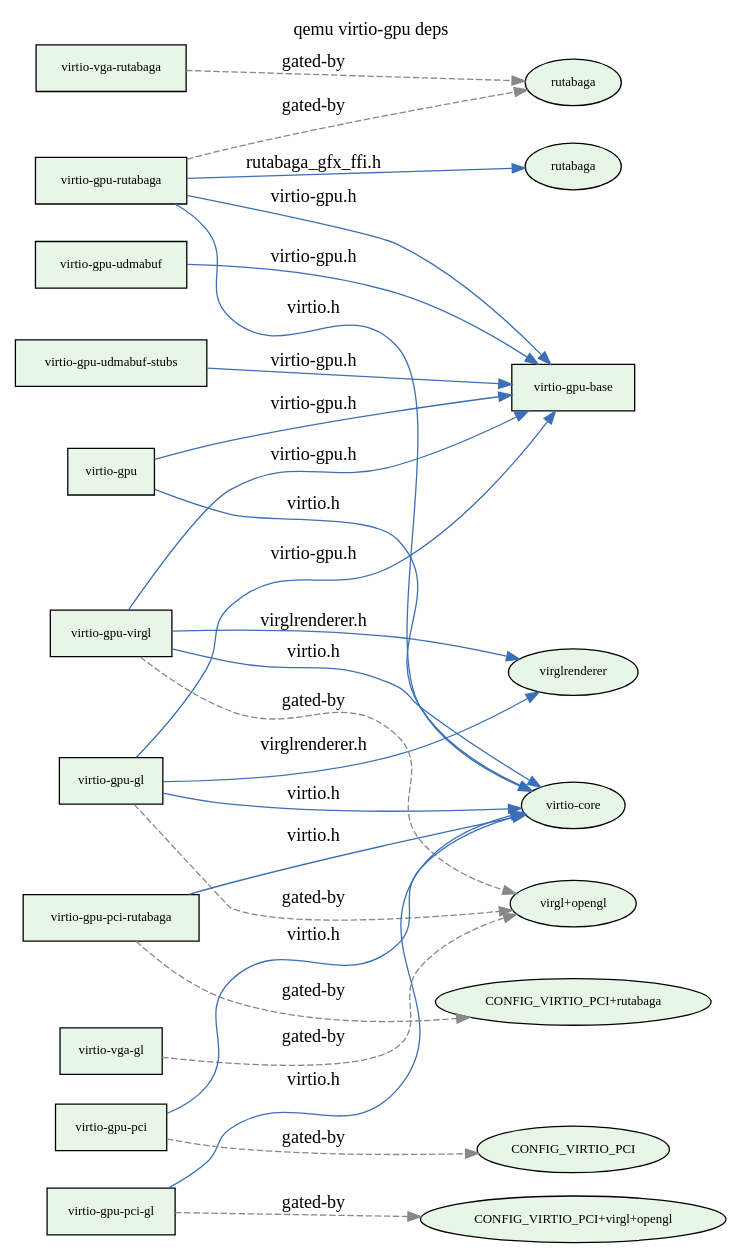
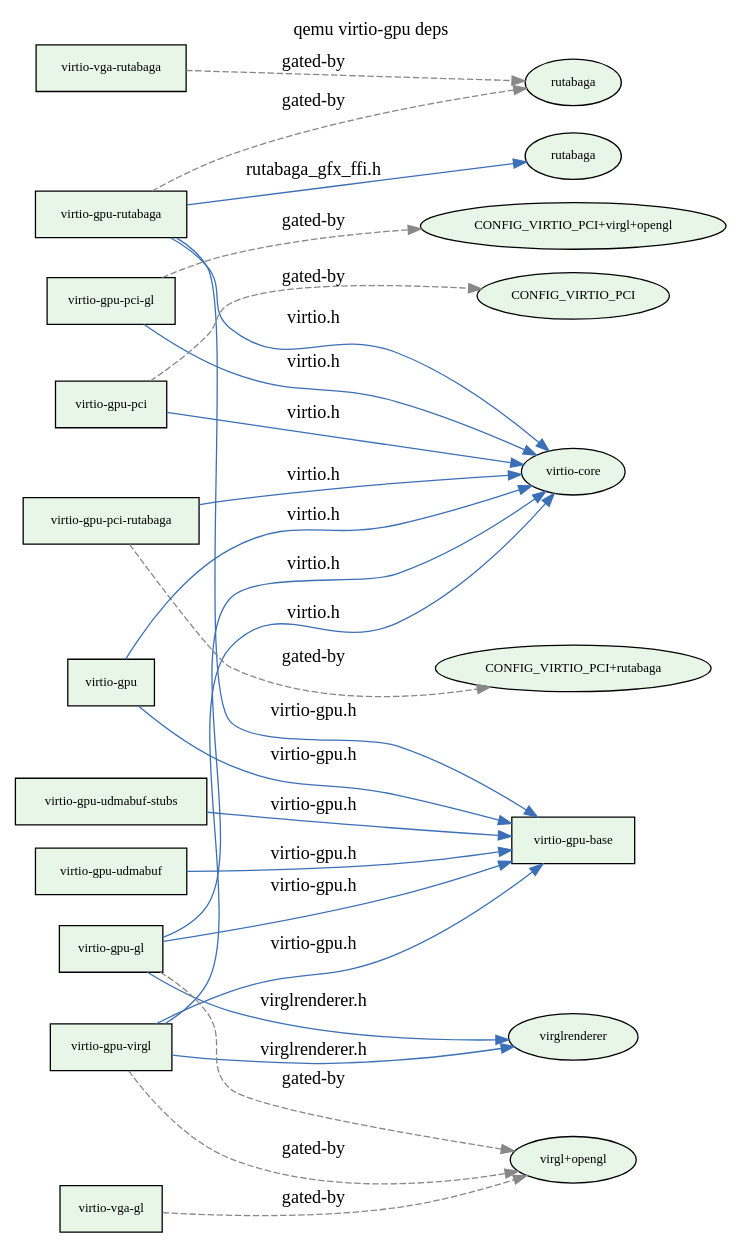
The diagram in results/depgraph/qemu.dot (vm-final-project/virtio-gpu), drawn with Graphviz before and after one commit. The commit also changed other lines of this file and 74 other files, not shown here.

```diff
--- a/results/depgraph/qemu.dot
+++ b/results/depgraph/qemu.dot
@@ -1,49 +1,49 @@
 digraph "qemu virtio-gpu deps" {
   rankdir=LR;
   node [fontsize=10];
   label="qemu virtio-gpu deps"; labelloc=t; fontsize=14;
-  "qemu:virtio-gpu" [label="virtio-gpu",shape=box,style=filled,fillcolor="#e8f6e8"];
+  "qemu:virtio-gpu-virgl" [label="virtio-gpu-virgl",shape=box,style=filled,fillcolor="#e8f6e8"];
+  "qemu:virtio-gpu-rutabaga" [label="virtio-gpu-rutabaga",shape=box,style=filled,fillcolor="#e8f6e8"];
+  "qemu:virtio-vga-gl" [label="virtio-vga-gl",shape=box,style=filled,fillcolor="#e8f6e8"];
+  "qemu:feat:CONFIG_VIRTIO_PCI+rutabaga" [label="CONFIG_VIRTIO_PCI+rutabaga",shape=ellipse,style=filled,fillcolor="#e8f6e8"];
+  "qemu:virtio-gpu-pci-gl" [label="virtio-gpu-pci-gl",shape=box,style=filled,fillcolor="#e8f6e8"];
+  "qemu:virtio-gpu-base" [label="virtio-gpu-base",shape=box,style=filled,fillcolor="#e8f6e8"];
+  "qemu:feat:CONFIG_VIRTIO_PCI+virgl+opengl" [label="CONFIG_VIRTIO_PCI+virgl+opengl",shape=ellipse,style=filled,fillcolor="#e8f6e8"];
+  "qemu:virtio-gpu-pci-rutabaga" [label="virtio-gpu-pci-rutabaga",shape=box,style=filled,fillcolor="#e8f6e8"];
+  "qemu:ext:virglrenderer" [label="virglrenderer",shape=ellipse,style=filled,fillcolor="#e8f6e8"];
+  "qemu:virtio-gpu-pci" [label="virtio-gpu-pci",shape=box,style=filled,fillcolor="#e8f6e8"];
+  "qemu:feat:rutabaga" [label="rutabaga",shape=ellipse,style=filled,fillcolor="#e8f6e8"];
   "qemu:virtio-gpu-udmabuf" [label="virtio-gpu-udmabuf",shape=box,style=filled,fillcolor="#e8f6e8"];
   "qemu:ext:rutabaga" [label="rutabaga",shape=ellipse,style=filled,fillcolor="#e8f6e8"];
+  "qemu:virtio-gpu-udmabuf-stubs" [label="virtio-gpu-udmabuf-stubs",shape=box,style=filled,fillcolor="#e8f6e8"];
+  "qemu:ext:virtio-core" [label="virtio-core",shape=ellipse,style=filled,fillcolor="#e8f6e8"];
+  "qemu:virtio-vga-rutabaga" [label="virtio-vga-rutabaga",shape=box,style=filled,fillcolor="#e8f6e8"];
   "qemu:virtio-gpu-gl" [label="virtio-gpu-gl",shape=box,style=filled,fillcolor="#e8f6e8"];
-  "qemu:virtio-vga-gl" [label="virtio-vga-gl",shape=box,style=filled,fillcolor="#e8f6e8"];
-  "qemu:virtio-gpu-pci-gl" [label="virtio-gpu-pci-gl",shape=box,style=filled,fillcolor="#e8f6e8"];
-  "qemu:ext:virtio-core" [label="virtio-core",shape=ellipse,style=filled,fillcolor="#e8f6e8"];
-  "qemu:feat:rutabaga" [label="rutabaga",shape=ellipse,style=filled,fillcolor="#e8f6e8"];
-  "qemu:virtio-gpu-rutabaga" [label="virtio-gpu-rutabaga",shape=box,style=filled,fillcolor="#e8f6e8"];
-  "qemu:virtio-gpu-virgl" [label="virtio-gpu-virgl",shape=box,style=filled,fillcolor="#e8f6e8"];
-  "qemu:feat:CONFIG_VIRTIO_PCI+virgl+opengl" [label="CONFIG_VIRTIO_PCI+virgl+opengl",shape=ellipse,style=filled,fillcolor="#e8f6e8"];
-  "qemu:virtio-gpu-base" [label="virtio-gpu-base",shape=box,style=filled,fillcolor="#e8f6e8"];
-  "qemu:ext:virglrenderer" [label="virglrenderer",shape=ellipse,style=filled,fillcolor="#e8f6e8"];
-  "qemu:virtio-gpu-pci-rutabaga" [label="virtio-gpu-pci-rutabaga",shape=box,style=filled,fillcolor="#e8f6e8"];
+  "qemu:feat:virgl+opengl" [label="virgl+opengl",shape=ellipse,style=filled,fillcolor="#e8f6e8"];
+  "qemu:virtio-gpu" [label="virtio-gpu",shape=box,style=filled,fillcolor="#e8f6e8"];
   "qemu:feat:CONFIG_VIRTIO_PCI" [label="CONFIG_VIRTIO_PCI",shape=ellipse,style=filled,fillcolor="#e8f6e8"];
-  "qemu:feat:CONFIG_VIRTIO_PCI+rutabaga" [label="CONFIG_VIRTIO_PCI+rutabaga",shape=ellipse,style=filled,fillcolor="#e8f6e8"];
-  "qemu:virtio-gpu-udmabuf-stubs" [label="virtio-gpu-udmabuf-stubs",shape=box,style=filled,fillcolor="#e8f6e8"];
-  "qemu:virtio-vga-rutabaga" [label="virtio-vga-rutabaga",shape=box,style=filled,fillcolor="#e8f6e8"];
-  "qemu:feat:virgl+opengl" [label="virgl+opengl",shape=ellipse,style=filled,fillcolor="#e8f6e8"];
-  "qemu:virtio-gpu-pci" [label="virtio-gpu-pci",shape=box,style=filled,fillcolor="#e8f6e8"];
   "qemu:virtio-gpu-gl" -> "qemu:ext:virtio-core" [color="#3b6fb6",label="virtio.h"];
   "qemu:virtio-gpu-gl" -> "qemu:virtio-gpu-base" [color="#3b6fb6",label="virtio-gpu.h"];
   "qemu:virtio-gpu-gl" -> "qemu:ext:virglrenderer" [color="#3b6fb6",label="virglrenderer.h"];
   "qemu:virtio-gpu-pci-gl" -> "qemu:ext:virtio-core" [color="#3b6fb6",label="virtio.h"];
   "qemu:virtio-gpu-pci-rutabaga" -> "qemu:ext:virtio-core" [color="#3b6fb6",label="virtio.h"];
   "qemu:virtio-gpu-pci" -> "qemu:ext:virtio-core" [color="#3b6fb6",label="virtio.h"];
   "qemu:virtio-gpu-rutabaga" -> "qemu:ext:virtio-core" [color="#3b6fb6",label="virtio.h"];
   "qemu:virtio-gpu-rutabaga" -> "qemu:virtio-gpu-base" [color="#3b6fb6",label="virtio-gpu.h"];
   "qemu:virtio-gpu-rutabaga" -> "qemu:ext:rutabaga" [color="#3b6fb6",label="rutabaga_gfx_ffi.h"];
   "qemu:virtio-gpu-udmabuf-stubs" -> "qemu:virtio-gpu-base" [color="#3b6fb6",label="virtio-gpu.h"];
   "qemu:virtio-gpu-udmabuf" -> "qemu:virtio-gpu-base" [color="#3b6fb6",label="virtio-gpu.h"];
   "qemu:virtio-gpu-virgl" -> "qemu:ext:virtio-core" [color="#3b6fb6",label="virtio.h"];
   "qemu:virtio-gpu-virgl" -> "qemu:virtio-gpu-base" [color="#3b6fb6",label="virtio-gpu.h"];
   "qemu:virtio-gpu-virgl" -> "qemu:ext:virglrenderer" [color="#3b6fb6",label="virglrenderer.h"];
   "qemu:virtio-gpu" -> "qemu:ext:virtio-core" [color="#3b6fb6",label="virtio.h"];
   "qemu:virtio-gpu" -> "qemu:virtio-gpu-base" [color="#3b6fb6",label="virtio-gpu.h"];
   "qemu:virtio-gpu-gl" -> "qemu:feat:virgl+opengl" [style=dashed,color="#888888",label="gated-by"];
   "qemu:virtio-gpu-virgl" -> "qemu:feat:virgl+opengl" [style=dashed,color="#888888",label="gated-by"];
   "qemu:virtio-gpu-rutabaga" -> "qemu:feat:rutabaga" [style=dashed,color="#888888",label="gated-by"];
   "qemu:virtio-gpu-pci" -> "qemu:feat:CONFIG_VIRTIO_PCI" [style=dashed,color="#888888",label="gated-by"];
   "qemu:virtio-gpu-pci-gl" -> "qemu:feat:CONFIG_VIRTIO_PCI+virgl+opengl" [style=dashed,color="#888888",label="gated-by"];
   "qemu:virtio-gpu-pci-rutabaga" -> "qemu:feat:CONFIG_VIRTIO_PCI+rutabaga" [style=dashed,color="#888888",label="gated-by"];
   "qemu:virtio-vga-gl" -> "qemu:feat:virgl+opengl" [style=dashed,color="#888888",label="gated-by"];
   "qemu:virtio-vga-rutabaga" -> "qemu:feat:rutabaga" [style=dashed,color="#888888",label="gated-by"];
 }
```
